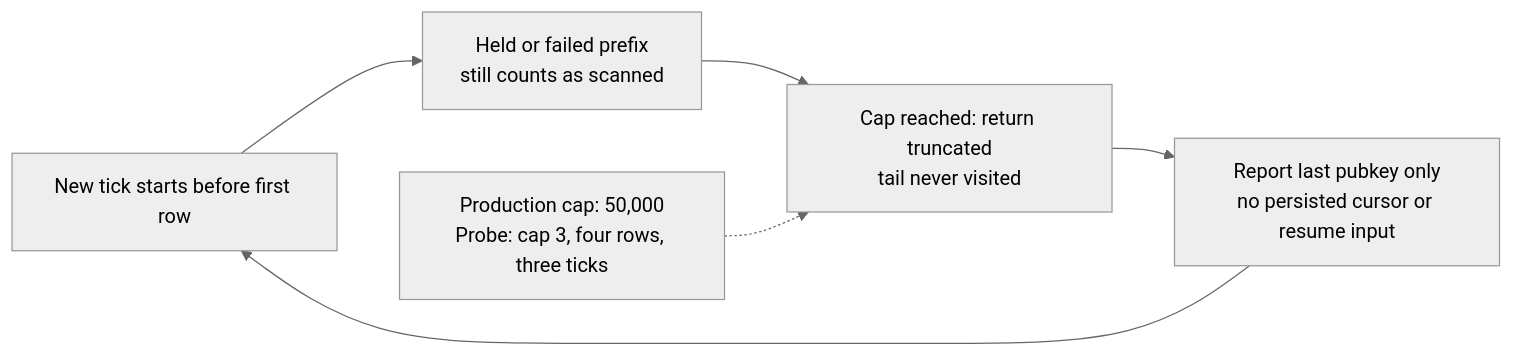
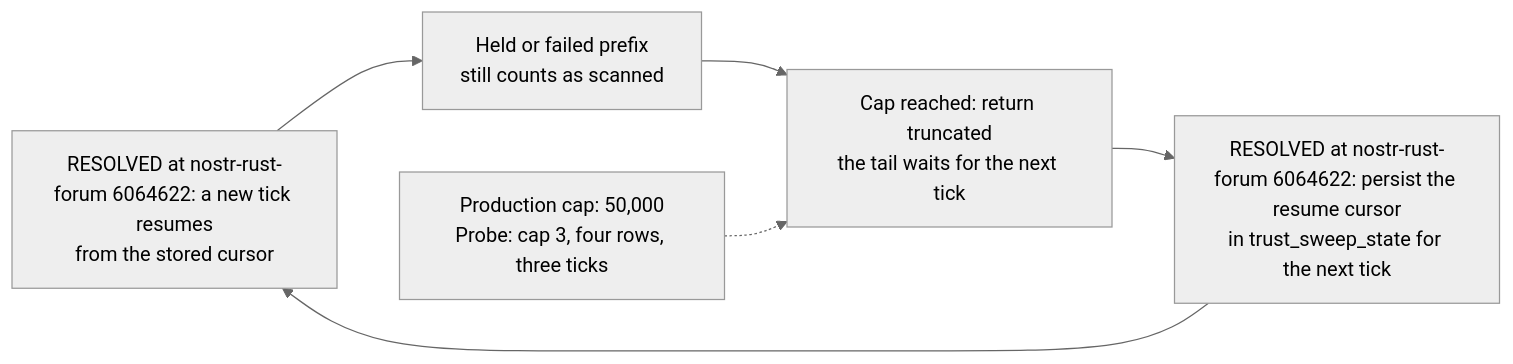
One commit to DreamLab-AI/VisionFlow changed the second of 4 diagrams in docs/diagrams/nostr-rust-forum/24-trust-transition-and-sweep-contracts.md. Above: the diagram before and after it, drawn with Mermaid (neutral theme). The commit also changed other lines of this file and 59 other files, not shown here.

First line of the commit message:
docs(diagrams): re-derive and re-stamp forum, website, pod, ontomark and sealmap topics

````diff
--- a/docs/diagrams/nostr-rust-forum/24-trust-transition-and-sweep-contracts.md
+++ b/docs/diagrams/nostr-rust-forum/24-trust-transition-and-sweep-contracts.md
@@ -51,15 +51,15 @@
 ```mermaid
 flowchart LR
-    %% Source: ../nostr-rust-forum/crates/nostr-bbs-relay-worker/src/trust_sweep.rs:253
-    A["New tick starts before first row"]
-    %% Source: ../nostr-rust-forum/crates/nostr-bbs-relay-worker/src/trust_sweep.rs:275
+    %% Source: ../nostr-rust-forum/crates/nostr-bbs-relay-worker/src/trust_sweep.rs:544
+    A["RESOLVED at nostr-rust-forum 6064622: a new tick resumes<br/>from the stored cursor"]
+    %% Source: ../nostr-rust-forum/crates/nostr-bbs-relay-worker/src/trust_sweep.rs:294
     B["Held or failed prefix<br/>still counts as scanned"]
-    %% Source: ../nostr-rust-forum/crates/nostr-bbs-relay-worker/src/trust_sweep.rs:299
-    C["Cap reached: return truncated<br/>tail never visited"]
-    %% Source: ../nostr-rust-forum/crates/nostr-bbs-relay-worker/src/trust_sweep.rs:162
-    D["Report last pubkey only<br/>no persisted cursor or resume input"]
+    %% Source: ../nostr-rust-forum/crates/nostr-bbs-relay-worker/src/trust_sweep.rs:315
+    C["Cap reached: return truncated<br/>the tail waits for the next tick"]
+    %% Source: ../nostr-rust-forum/crates/nostr-bbs-relay-worker/src/trust_sweep.rs:562
+    D["RESOLVED at nostr-rust-forum 6064622: persist the resume cursor<br/>in trust_sweep_state for the next tick"]
     A --> B --> C --> D --> A
     %% Source: ../nostr-rust-forum/crates/nostr-bbs-relay-worker/src/trust_sweep.rs:66
     E["Production cap: 50,000<br/>Probe: cap 3, four rows, three ticks"]
     E -.-> C
 ```
````
